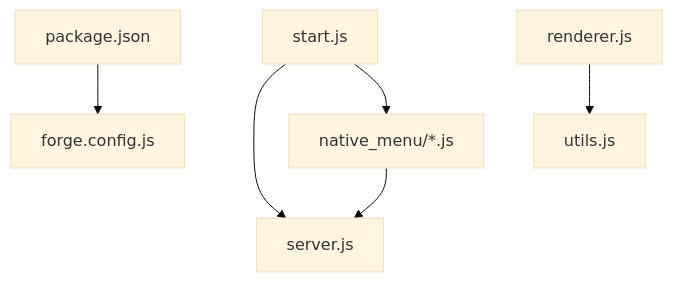
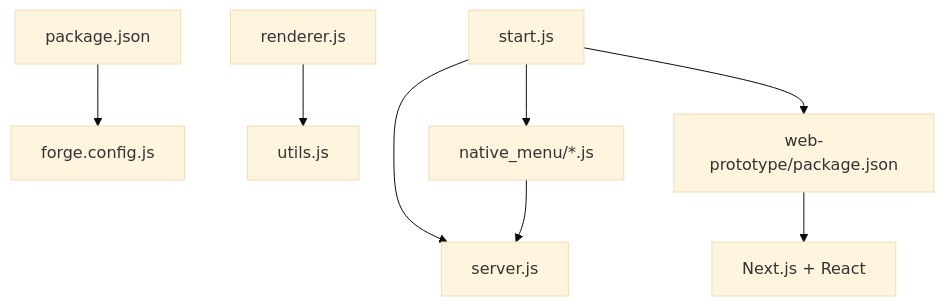
One commit to yosefdc7/PharmaPOS changed the tenth of 10 diagrams in .qoder/repowiki/en/content/Desktop Application Architecture/Desktop Application Architecture.md. Above: the diagram before and after it, drawn with Mermaid (base theme). The commit also changed other lines of this file and 28 other files, not shown here.

````diff
--- a/.qoder/repowiki/en/content/Desktop Application Architecture/Desktop Application Architecture.md
+++ b/.qoder/repowiki/en/content/Desktop Application Architecture/Desktop Application Architecture.md
@@ -388,15 +433,19 @@
 ```mermaid
 graph TB
 P["package.json"]
 F["forge.config.js"]
 M["start.js"]
 S["server.js"]
 N["native_menu/*.js"]
 R["renderer.js"]
 U["utils.js"]
+WP["web-prototype/package.json"]
+WPR["Next.js + React"]
 P --> F
 M --> S
 M --> N
+M --> WP
 R --> U
 N --> S
+WP --> WPR
 ```
````
